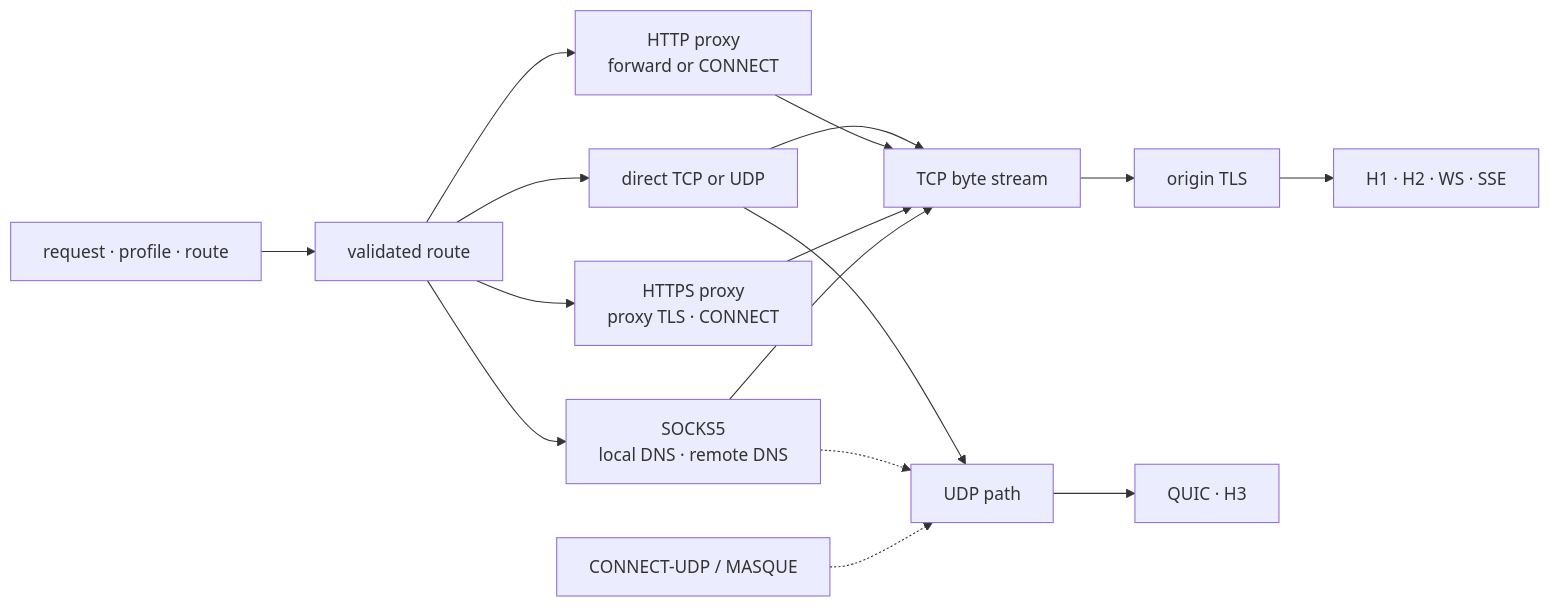
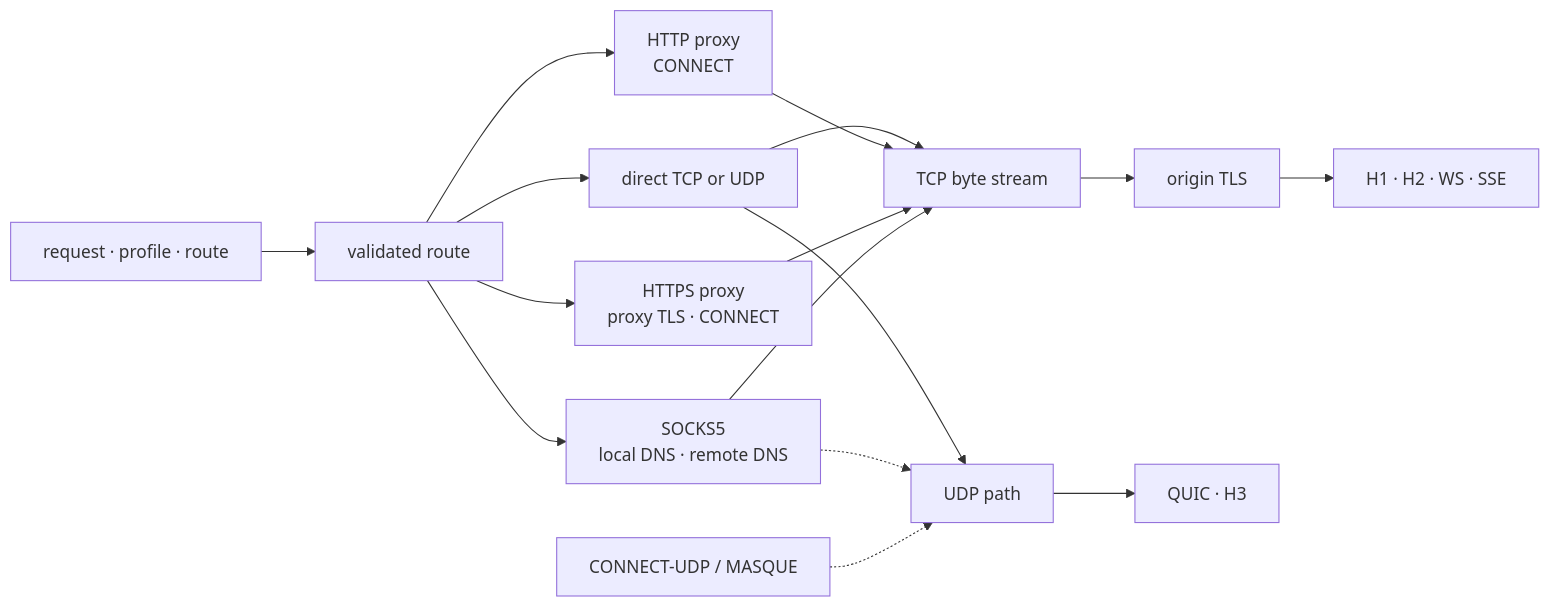
The second of 4 diagrams in docs/architecture.md (bywayhq/phantom), drawn with Mermaid before and after one commit. The commit also changed other lines of this file and 27 other files, not shown here.

Commit message:
feat(proxy): add ordered HTTP CONNECT routes

````diff
--- a/docs/architecture.md
+++ b/docs/architecture.md
@@ -80,18 +83,18 @@
 ```mermaid
 flowchart LR
     Input["request · profile · route"] --> Route["validated route"]
     Route --> Direct["direct TCP or UDP"]
-    Route --> Http["HTTP proxy<br/>forward or CONNECT"]
+    Route --> Http["HTTP proxy<br/>CONNECT"]
     Route --> Https["HTTPS proxy<br/>proxy TLS · CONNECT"]
     Route --> Socks["SOCKS5<br/>local DNS · remote DNS"]
     Direct --> Tcp["TCP byte stream"]
     Http --> Tcp
     Https --> Tcp
     Socks --> Tcp
     Direct --> Udp["UDP path"]
     Socks -.-> Udp
     Tcp --> OriginTls["origin TLS"]
     OriginTls --> H1H2["H1 · H2 · WS · SSE"]
     Udp --> Quic["QUIC · H3"]
     Masque["CONNECT-UDP / MASQUE"] -.-> Udp
 ```
````
